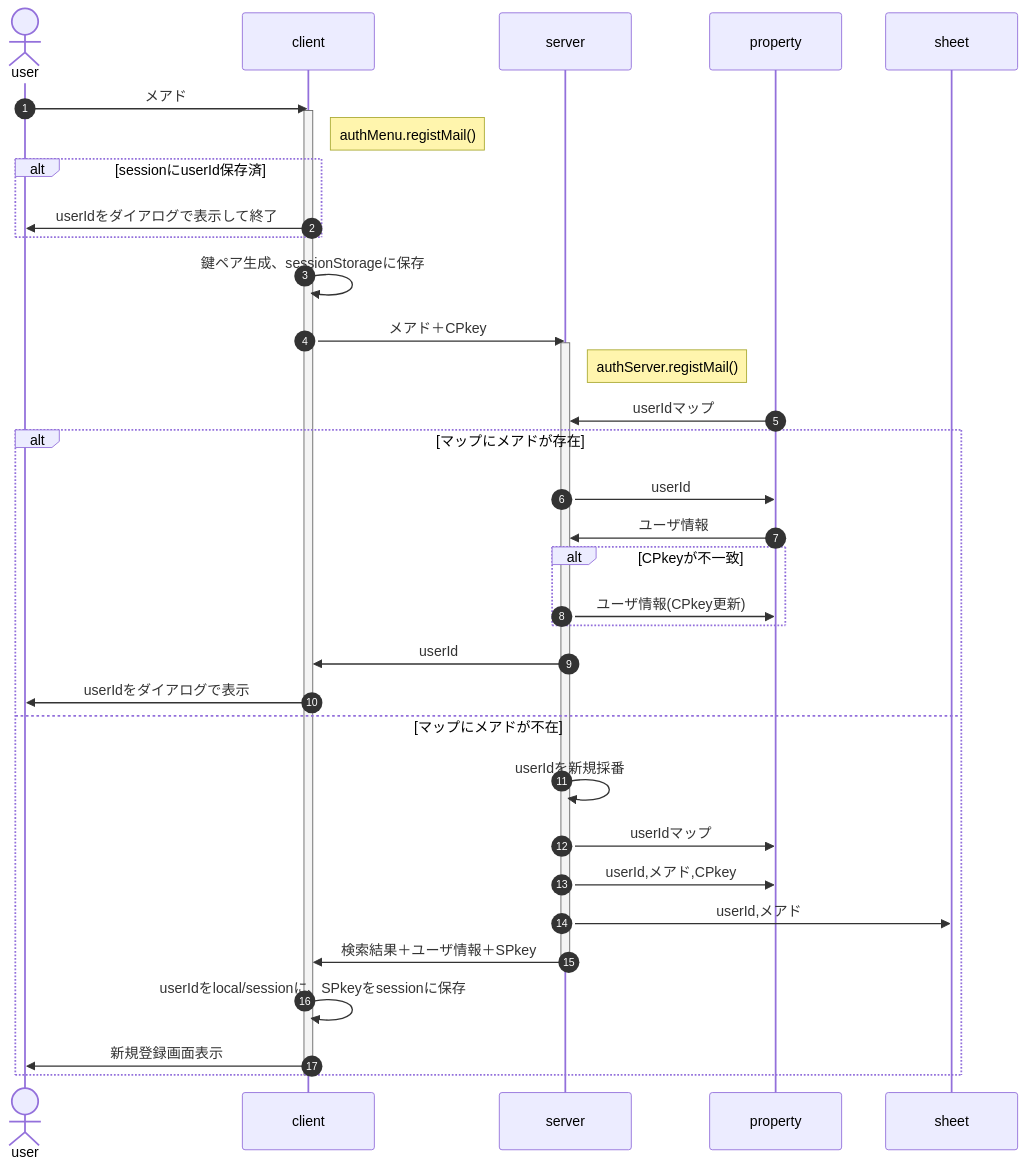
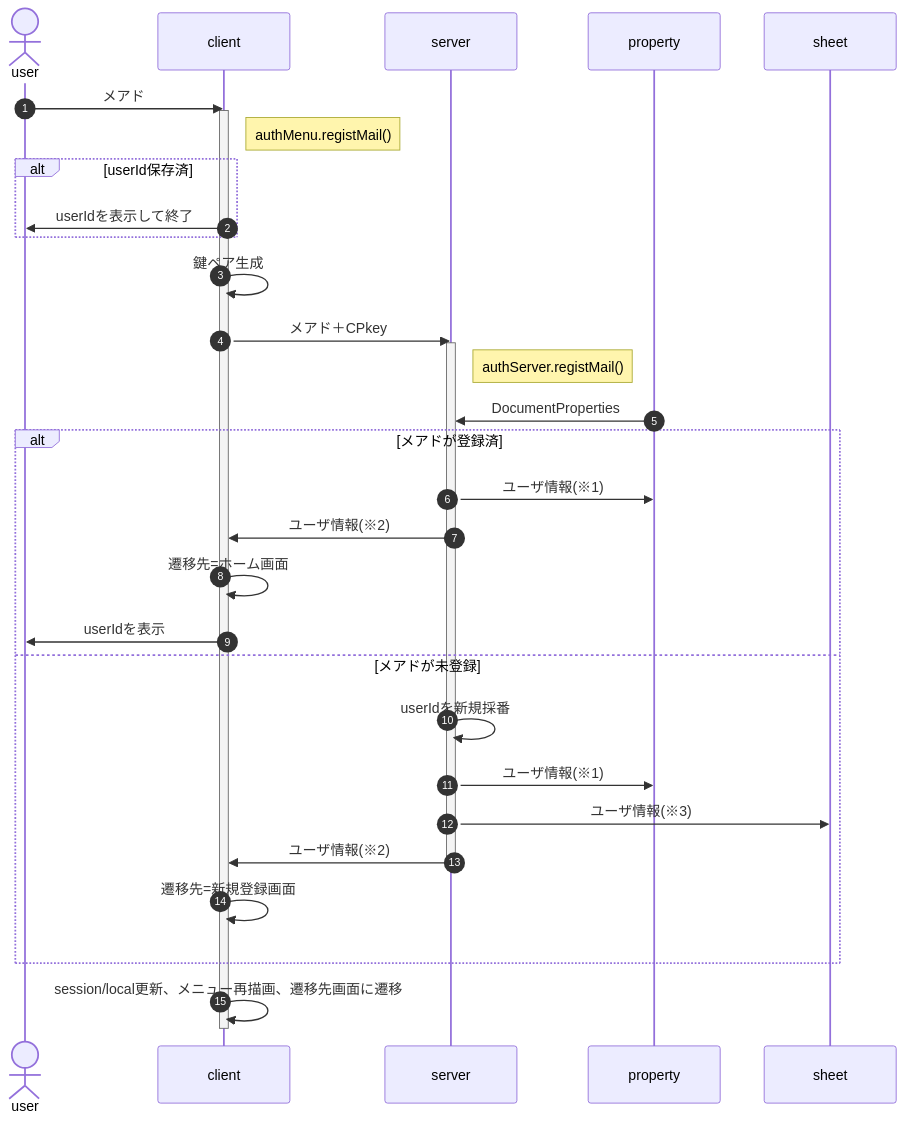
One commit to nakaone/library changed the diagram in authMenu/1.0.0/doc/entry.md. Above: the diagram before and after it, drawn with Mermaid. The commit also changed other lines of this file and 1 other file, not shown here.

````diff
--- a/authMenu/1.0.0/doc/entry.md
+++ b/authMenu/1.0.0/doc/entry.md
@@ -5,40 +5,36 @@
 ```mermaid
 sequenceDiagram
   autonumber
   actor user
   participant client
   participant server
   participant property
   participant sheet
 
   user ->> client : メアド
   activate client
   Note right of client : authMenu.registMail()
-  alt sessionにuserId保存済
-    client ->> user : userIdをダイアログで表示して終了
+  alt userId保存済
+    client ->> user : userIdを表示して終了
   end
-  client ->> client : 鍵ペア生成、sessionStorageに保存
+  client ->> client : 鍵ペア生成
   client ->> server : メアド＋CPkey
   activate server
   Note right of server : authServer.registMail()
-  property ->> server : userIdマップ
-  alt マップにメアドが存在
-    server ->> property : userId
-    property ->> server : ユーザ情報
-    alt CPkeyが不一致
-      server ->> property : ユーザ情報(CPkey更新)
-    end
-    server ->> client : userId
-    client ->> user : userIdをダイアログで表示
-  else マップにメアドが不在
+  property ->> server : DocumentProperties
+  alt メアドが登録済
+    server ->> property : ユーザ情報(※1)
+    server ->> client : ユーザ情報(※2)
+    client ->> client : 遷移先=ホーム画面
+    client ->> user : userIdを表示
+  else メアドが未登録
     server ->> server : userIdを新規採番
-    server ->> property : userIdマップ
-    server ->> property : userId,メアド,CPkey
-    server ->> sheet : userId,メアド
-    server ->> client : 検索結果＋ユーザ情報＋SPkey
+    server ->> property : ユーザ情報(※1)
+    server ->> sheet : ユーザ情報(※3)
+    server ->> client : ユーザ情報(※2)
     deactivate server
-    client ->> client : userIdをlocal/sessionに、SPkeyをsessionに保存
-    client ->> user : 新規登録画面表示
+    client ->> client : 遷移先=新規登録画面
   end
+  client ->> client : session/local更新、メニュー再描画、遷移先画面に遷移
   deactivate client
 ```
````
